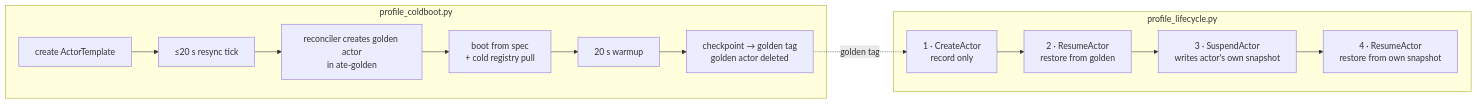
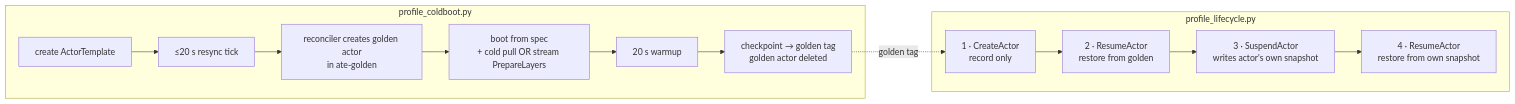
Before and after one commit to agent-substrate/substrate: the diagram in profiling/README.md, drawn with Mermaid. The commit also changed other lines of this file and 26 other files, not shown here.

````diff
--- a/profiling/README.md
+++ b/profiling/README.md
@@ -35,16 +22,16 @@
 ```mermaid
 flowchart LR
     subgraph C["profile_coldboot.py"]
         T["create ActorTemplate"] --> R["≤20 s resync tick"]
         R --> G["reconciler creates golden actor<br/>in ate-golden"]
-        G --> B["boot from spec<br/>+ cold registry pull"]
+        G --> B["boot from spec<br/>+ cold pull OR stream PrepareLayers"]
         B --> W["20 s warmup"]
         W --> K["checkpoint → golden tag<br/>golden actor deleted"]
     end
     subgraph L["profile_lifecycle.py"]
         A1["1 · CreateActor<br/>record only"] --> A2["2 · ResumeActor<br/>restore from golden"]
         A2 --> A3["3 · SuspendActor<br/>writes actor's own snapshot"]
         A3 --> A4["4 · ResumeActor<br/>restore from own snapshot"]
     end
     K -. "golden tag" .-> A1
 ```
````
